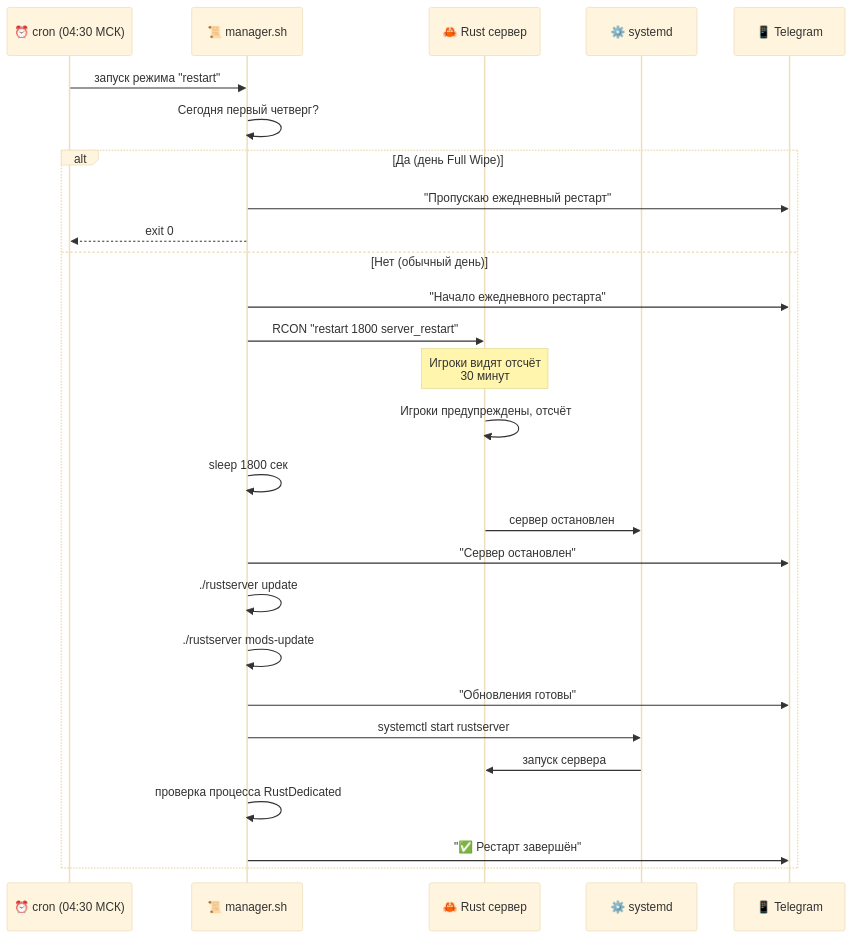
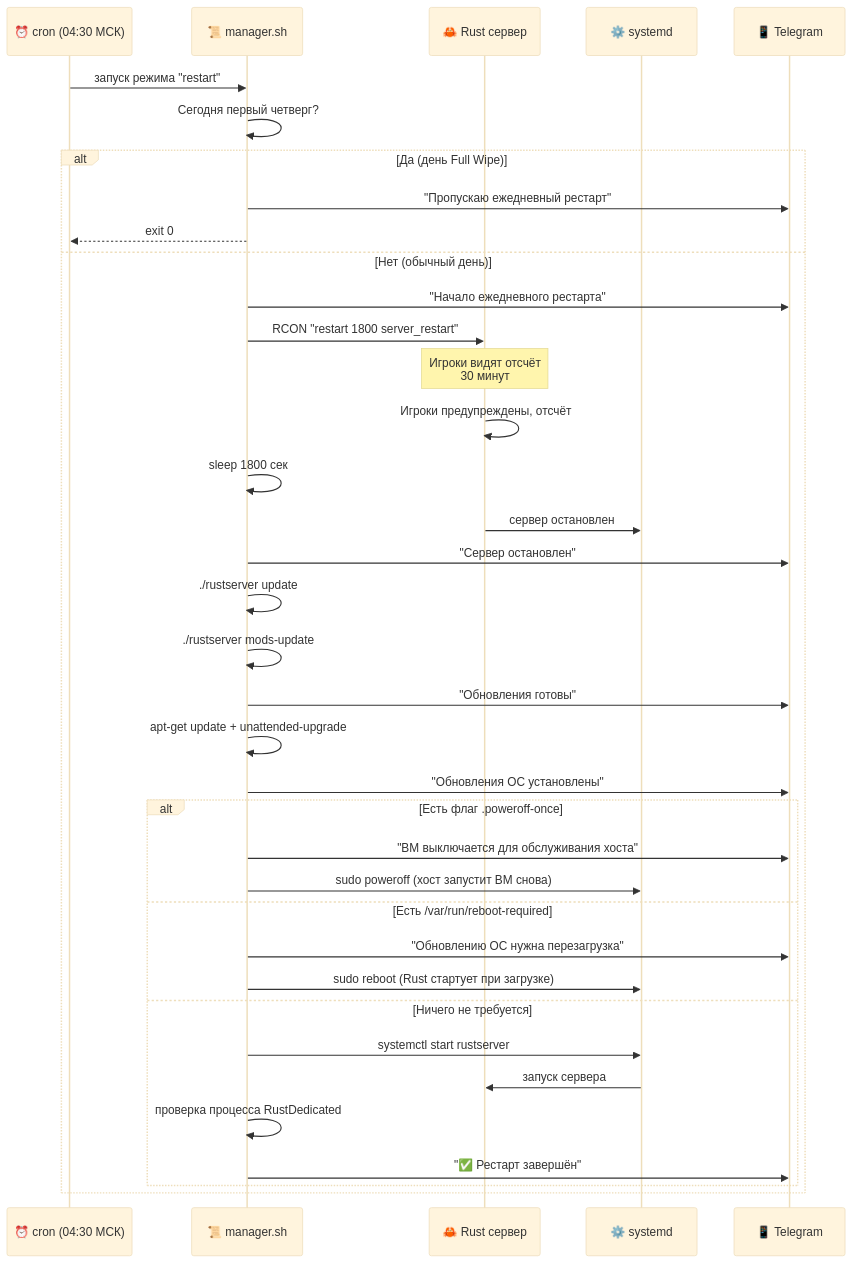
Before and after one commit to wobujidao/rust-wipe-manager: the second of 4 diagrams in README_RU.md, drawn with Mermaid (base theme). The commit also changed other lines of this file and 1 other file, not shown here.

````diff
--- a/README_RU.md
+++ b/README_RU.md
@@ -101,30 +110,40 @@
 ```mermaid
 sequenceDiagram
     participant C as ⏰ cron (04:30 МСК)
     participant M as 📜 manager.sh
     participant R as 🦀 Rust сервер
     participant S as ⚙️ systemd
     participant T as 📱 Telegram
 
     C->>M: запуск режима "restart"
     M->>M: Сегодня первый четверг?
     alt Да (день Full Wipe)
         M->>T: "Пропускаю ежедневный рестарт"
         M-->>C: exit 0
     else Нет (обычный день)
         M->>T: "Начало ежедневного рестарта"
         M->>R: RCON "restart 1800 server_restart"
         Note over R: Игроки видят отсчёт<br/>30 минут
         R->>R: Игроки предупреждены, отсчёт
         M->>M: sleep 1800 сек
         R->>S: сервер остановлен
         M->>T: "Сервер остановлен"
         M->>M: ./rustserver update
         M->>M: ./rustserver mods-update
         M->>T: "Обновления готовы"
-        M->>S: systemctl start rustserver
-        S->>R: запуск сервера
-        M->>M: проверка процесса RustDedicated
-        M->>T: "✅ Рестарт завершён"
+        M->>M: apt-get update + unattended-upgrade
+        M->>T: "Обновления ОС установлены"
+        alt Есть флаг .poweroff-once
+            M->>T: "ВМ выключается для обслуживания хоста"
+            M->>S: sudo poweroff (хост запустит ВМ снова)
+        else Есть /var/run/reboot-required
+            M->>T: "Обновлению ОС нужна перезагрузка"
+            M->>S: sudo reboot (Rust стартует при загрузке)
+        else Ничего не требуется
+            M->>S: systemctl start rustserver
+            S->>R: запуск сервера
+            M->>M: проверка процесса RustDedicated
+            M->>T: "✅ Рестарт завершён"
+        end
     end
 ```
````
